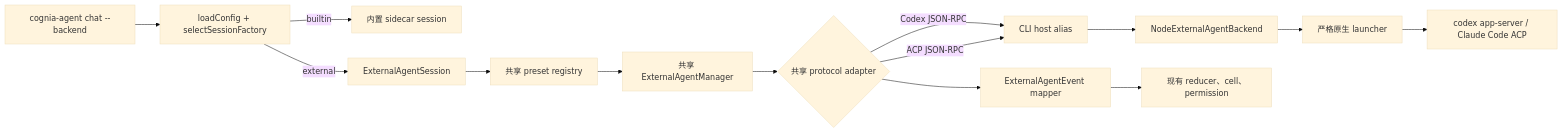
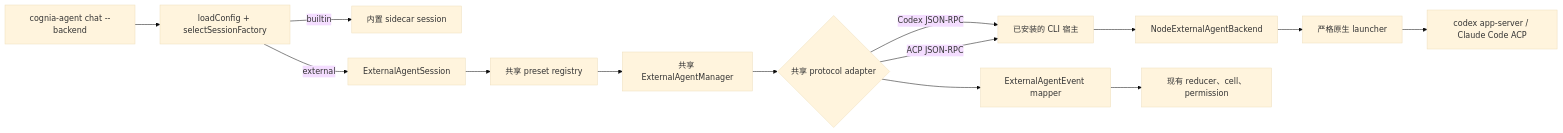
Before and after one commit to MaxQian888/cognia-next: the diagram in docs/content/docs/zh/subsystems/cognia-agent-external-hosting/index.mdx, drawn with Mermaid (base theme). The commit also changed other lines of this file and 34 other files, not shown here.

First line of the commit message:
refactor(agent): install the CLI's external-agent host instead of aliasing modules (ADR-0217)

````diff
--- a/docs/content/docs/zh/subsystems/cognia-agent-external-hosting/index.mdx
+++ b/docs/content/docs/zh/subsystems/cognia-agent-external-hosting/index.mdx
@@ -18,16 +18,16 @@
 ```mermaid
 flowchart LR
   U["cognia-agent chat --backend"] --> Select["loadConfig + selectSessionFactory"]
   Select -->|"builtin"| Builtin["内置 sidecar session"]
   Select -->|"external"| Session["ExternalAgentSession"]
   Session --> Preset["共享 preset registry"]
   Preset --> Manager["共享 ExternalAgentManager"]
   Manager --> Adapter{"共享 protocol adapter"}
-  Adapter -->|"Codex JSON-RPC"| Host["CLI host alias"]
+  Adapter -->|"Codex JSON-RPC"| Host["已安装的 CLI 宿主"]
   Adapter -->|"ACP JSON-RPC"| Host
   Host --> Node["NodeExternalAgentBackend"]
   Node --> Sandbox["严格原生 launcher"]
   Sandbox --> Child["codex app-server / Claude Code ACP"]
   Adapter --> Map["ExternalAgentEvent mapper"]
   Map --> TUI["现有 reducer、cell、permission"]
 ```
````
